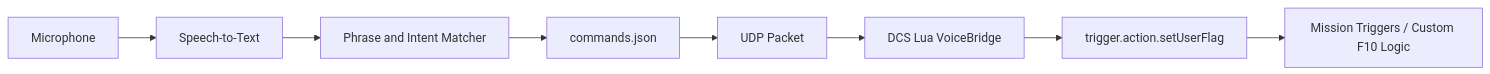
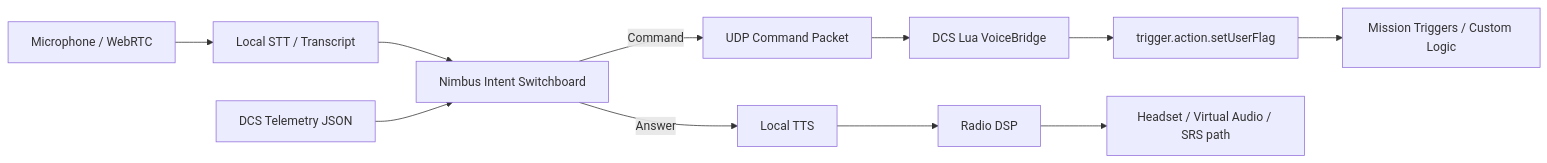
The diagram in README.md (sharRahul/voice-comms-dcs), drawn with Mermaid before and after one commit. The commit also changed other lines of this file, not shown here.

Commit message:
Update README for Phase 2 Nimbus architecture

````diff
--- a/README.md
+++ b/README.md
@@ -7,10 +7,13 @@
 ```mermaid
 flowchart LR
-    A[Microphone] --> B[Speech-to-Text]
-    B --> C[Phrase and Intent Matcher]
-    C --> D[commands.json]
-    D --> E[UDP Packet]
-    E --> F[DCS Lua VoiceBridge]
-    F --> G[trigger.action.setUserFlag]
-    G --> H[Mission Triggers / Custom F10 Logic]
+    A[Microphone / WebRTC] --> B[Local STT / Transcript]
+    B --> C[Nimbus Intent Switchboard]
+    T[DCS Telemetry JSON] --> C
+    C -->|Command| D[UDP Command Packet]
+    D --> E[DCS Lua VoiceBridge]
+    E --> F[trigger.action.setUserFlag]
+    F --> G[Mission Triggers / Custom Logic]
+    C -->|Answer| H[Local TTS]
+    H --> I[Radio DSP]
+    I --> J[Headset / Virtual Audio / SRS path]
 ```
````
